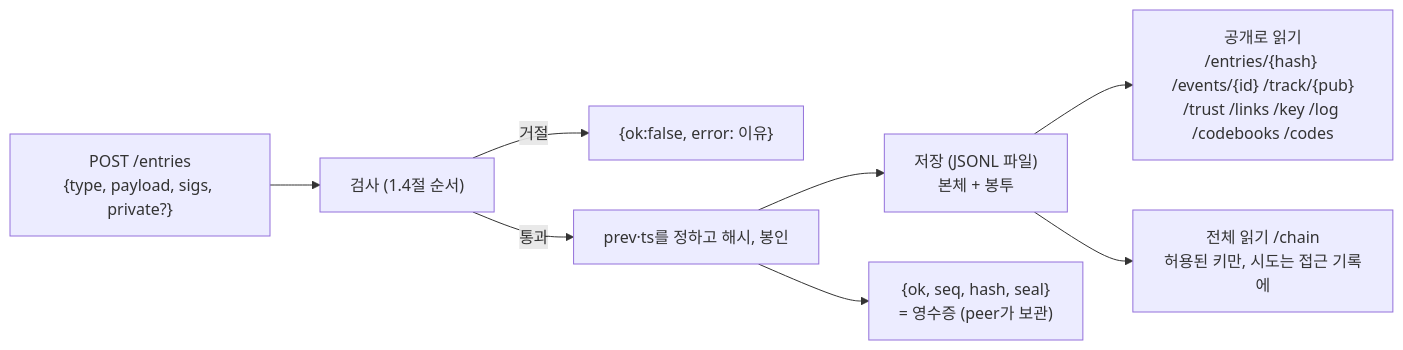
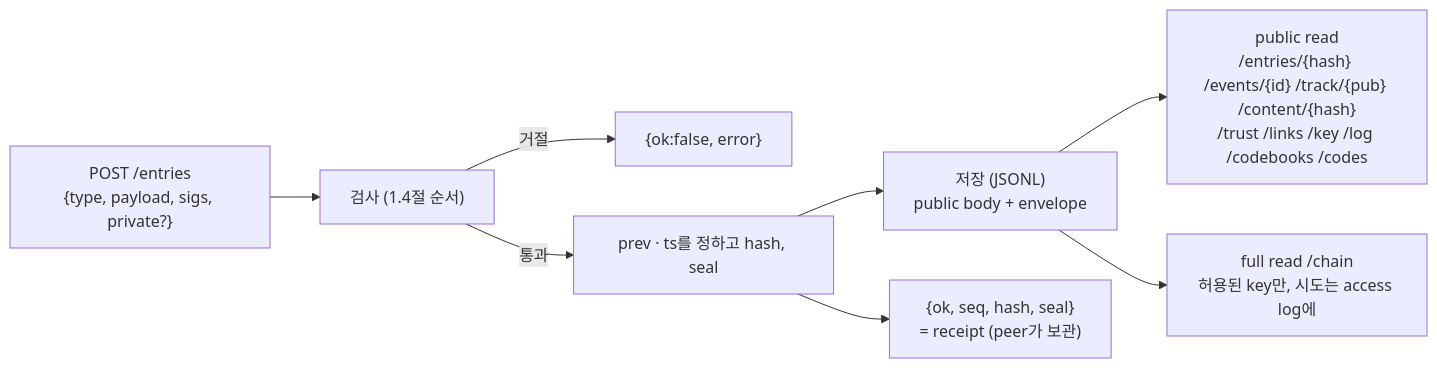
Before and after one commit to tanminkwan/share-ur-tokens: diagram 13 of 31 in docs/education.md, drawn with Mermaid. The commit also changed other lines of this file and 27 other files, not shown here.

````diff
--- a/docs/education.md
+++ b/docs/education.md
@@ -321,10 +336,10 @@
 ```mermaid
 flowchart LR
     IN["POST /entries<br/>{type, payload, sigs, private?}"] --> CHK["검사 (1.4절 순서)"]
-    CHK -->|"거절"| ERR["{ok:false, error: 이유}"]
-    CHK -->|"통과"| SEAL["prev·ts를 정하고 해시, 봉인"]
-    SEAL --> ST["저장 (JSONL 파일)<br/>본체 + 봉투"]
-    SEAL --> RCP["{ok, seq, hash, seal}<br/>= 영수증 (peer가 보관)"]
-    ST --> PUB["공개로 읽기<br/>/entries/{hash} /events/{id} /track/{pub}<br/>/trust /links /key /log /codebooks /codes"]
-    ST --> FULL["전체 읽기 /chain<br/>허용된 키만, 시도는 접근 기록에"]
+    CHK -->|"거절"| ERR["{ok:false, error}"]
+    CHK -->|"통과"| SEAL["prev · ts를 정하고 hash, seal"]
+    SEAL --> ST["저장 (JSONL)<br/>public body + envelope"]
+    SEAL --> RCP["{ok, seq, hash, seal}<br/>= receipt (peer가 보관)"]
+    ST --> PUB["public read<br/>/entries/{hash} /events/{id} /track/{pub} /content/{hash}<br/>/trust /links /key /log /codebooks /codes"]
+    ST --> FULL["full read /chain<br/>허용된 key만, 시도는 access log에"]
 ```
````
